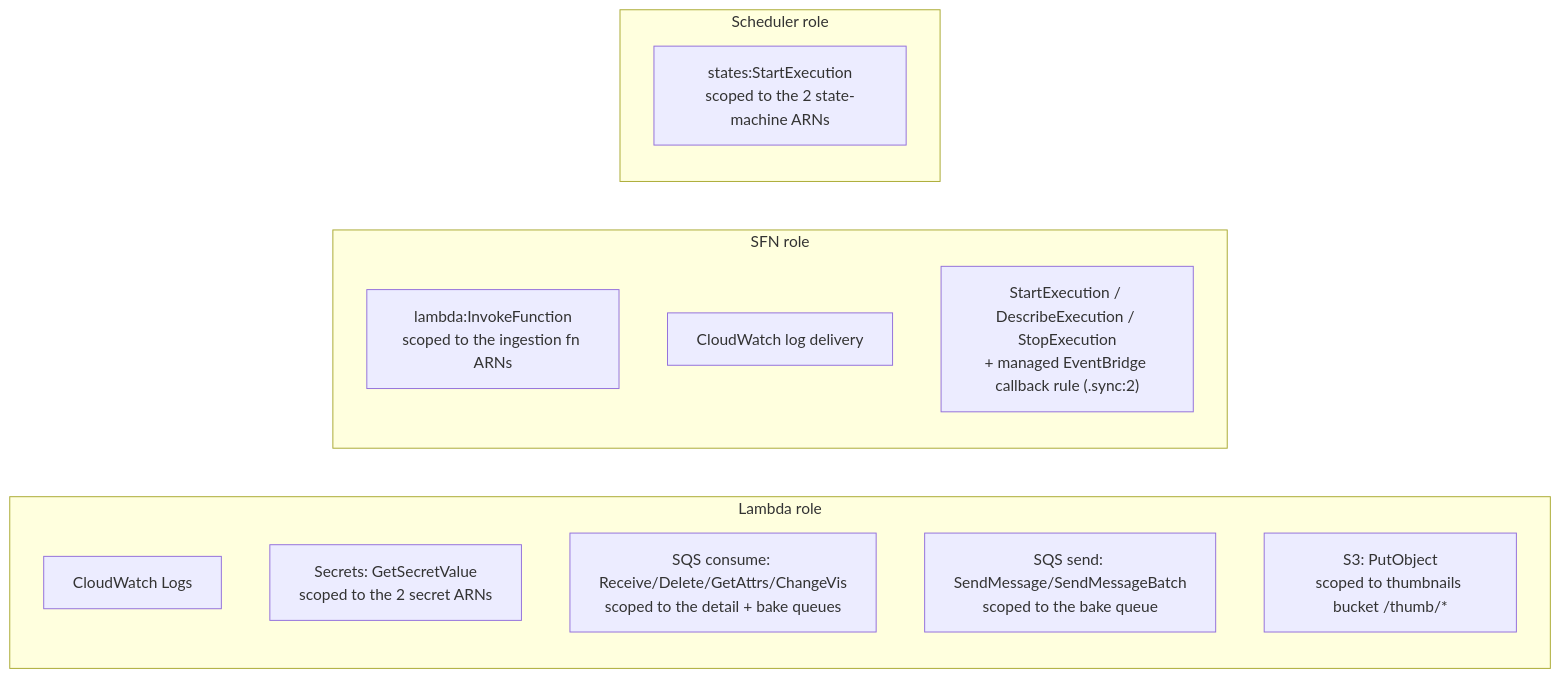
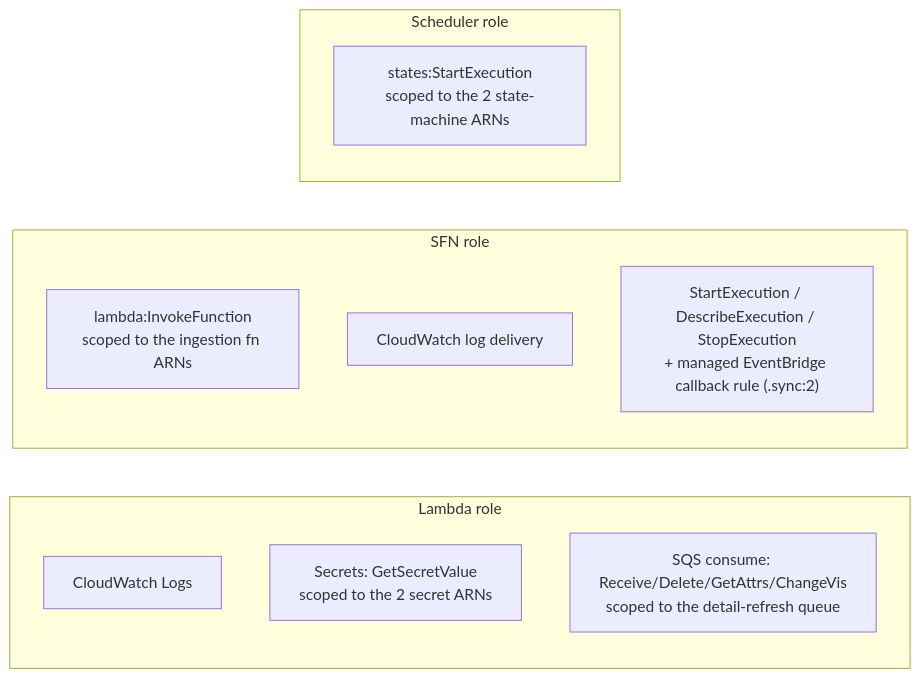
Before and after one commit to bojidaryovchev/selectauto: the second of 2 diagrams in docs/06-infrastructure-aws-pulumi.md, drawn with Mermaid. The commit also changed other lines of this file and 86 other files, not shown here.

````diff
--- a/docs/06-infrastructure-aws-pulumi.md
+++ b/docs/06-infrastructure-aws-pulumi.md
@@ -196,18 +162,16 @@
 ```mermaid
 flowchart LR
   subgraph Lambda role
     L1[CloudWatch Logs]
     L2["Secrets: GetSecretValue<br/>scoped to the 2 secret ARNs"]
-    L3["SQS consume: Receive/Delete/GetAttrs/ChangeVis<br/>scoped to the detail + bake queues"]
-    L4["SQS send: SendMessage/SendMessageBatch<br/>scoped to the bake queue"]
-    L5["S3: PutObject<br/>scoped to thumbnails bucket /thumb/*"]
+    L3["SQS consume: Receive/Delete/GetAttrs/ChangeVis<br/>scoped to the detail-refresh queue"]
   end
   subgraph SFN role
     S1["lambda:InvokeFunction<br/>scoped to the ingestion fn ARNs"]
     S2[CloudWatch log delivery]
     S3["StartExecution / DescribeExecution / StopExecution<br/>+ managed EventBridge callback rule (.sync:2)"]
   end
   subgraph Scheduler role
     C1["states:StartExecution<br/>scoped to the 2 state-machine ARNs"]
   end
 ```
````
